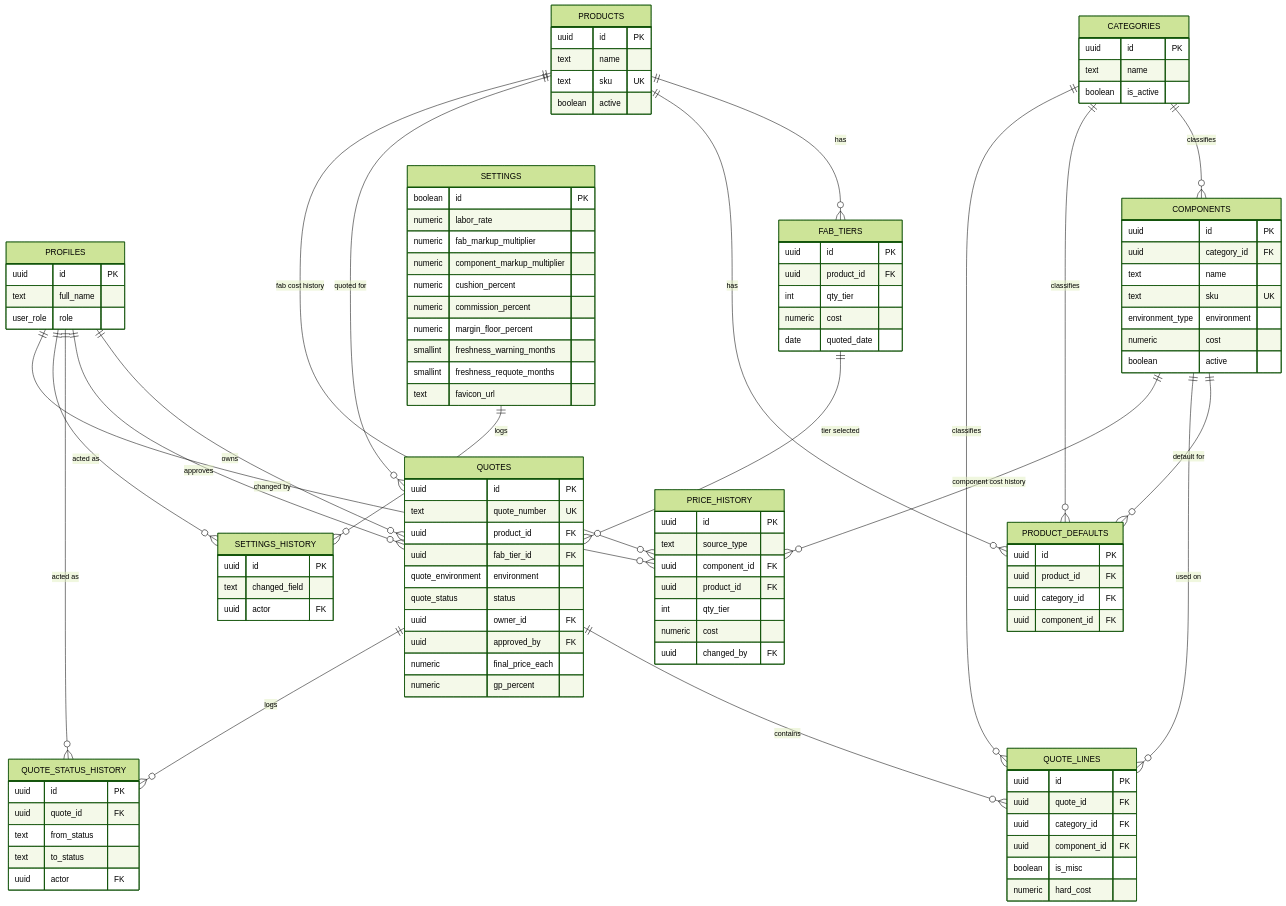
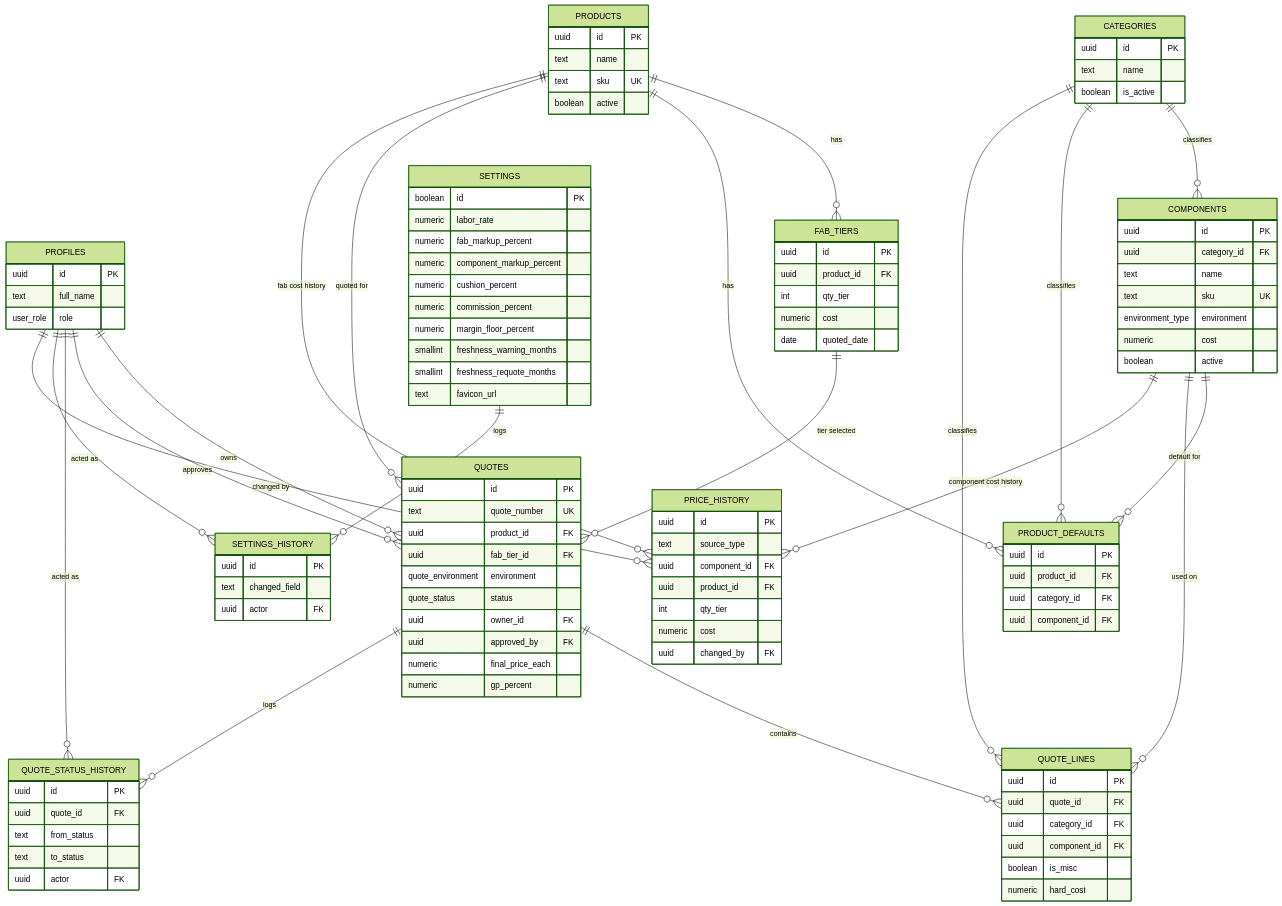
One commit to Cueserve/rr-redyquote changed the diagram in docs/DATABASE.md. Above: the diagram before and after it, drawn with Mermaid (forest theme). The commit also changed other lines of this file and 7 other files, not shown here.

```diff
--- a/docs/DATABASE.md
+++ b/docs/DATABASE.md
@@ -128,8 +128,8 @@
     SETTINGS {
         boolean id PK
         numeric labor_rate
-        numeric fab_markup_multiplier
-        numeric component_markup_multiplier
+        numeric fab_markup_percent
+        numeric component_markup_percent
         numeric cushion_percent
         numeric commission_percent
         numeric margin_floor_percent
```
